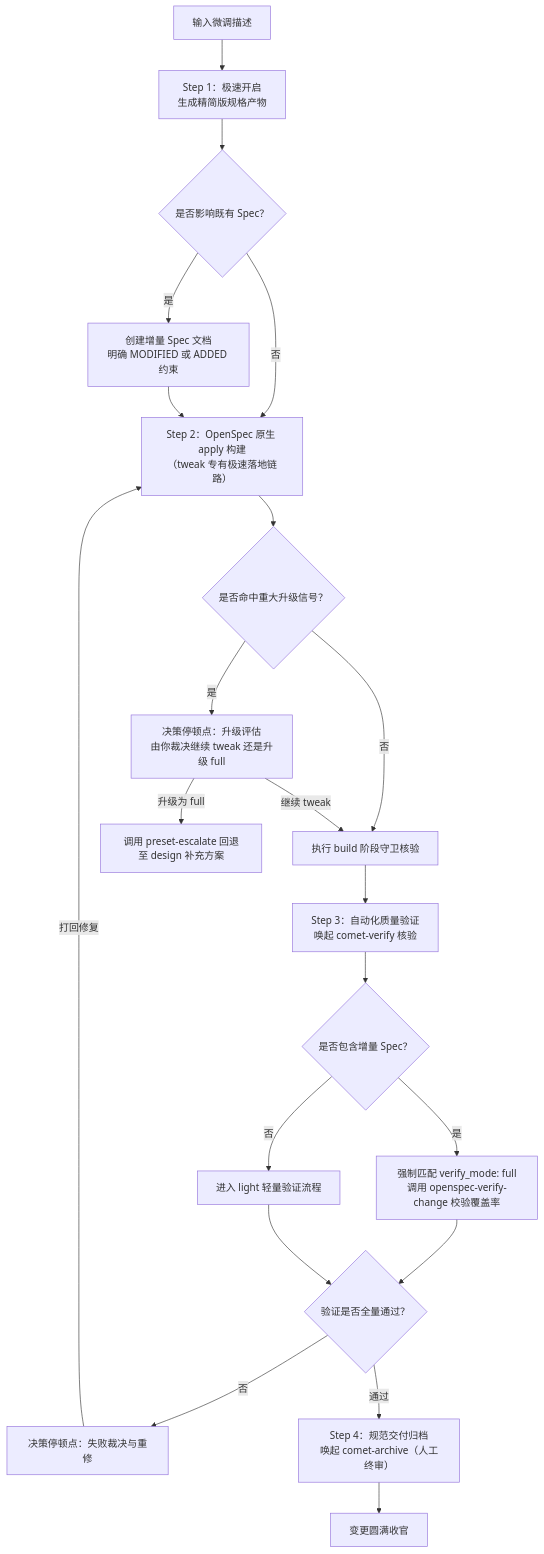
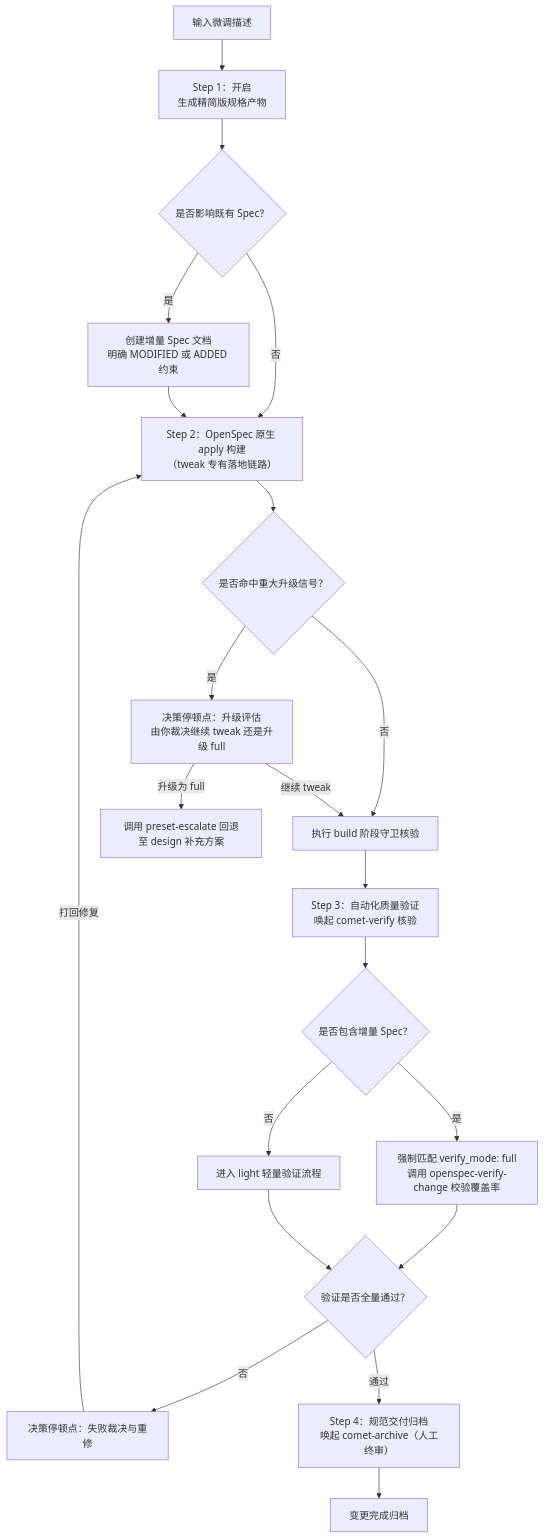
The diagram in zh/presets/tweak.mdx (rpamis/comet-website-docs), drawn with Mermaid before and after one commit. The commit also changed other lines of this file and 103 other files, not shown here.

````diff
--- a/zh/presets/tweak.mdx
+++ b/zh/presets/tweak.mdx
@@ -73,23 +73,23 @@
 ```mermaid
 flowchart TD
-    Start["输入微调描述"] --> S1["Step 1：极速开启<br/>生成精简版规格产物"]
+    Start["输入微调描述"] --> S1["Step 1：开启<br/>生成精简版规格产物"]
     S1 --> Delta{"是否影响既有 Spec？"}
     Delta -->|是| CreateDelta["创建增量 Spec 文档<br/>明确 MODIFIED 或 ADDED 约束"]
-    Delta -->|否| S2["Step 2：OpenSpec 原生 apply 构建<br/>（tweak 专有极速落地链路）"]
+    Delta -->|否| S2["Step 2：OpenSpec 原生 apply 构建<br/>（tweak 专有落地链路）"]
     CreateDelta --> S2
     S2 --> Esc{"是否命中重大升级信号？"}
     Esc -->|是| EscStop["决策停顿点：升级评估<br/>由你裁决继续 tweak 还是升级 full"]
     Esc -->|否| Guard["执行 build 阶段守卫核验"]
     EscStop -->|继续 tweak| Guard
     EscStop -->|升级为 full| EscUp["调用 preset-escalate 回退至 design 补充方案"]
     Guard --> S3["Step 3：自动化质量验证<br/>唤起 comet-verify 核验"]
     S3 --> HasDelta{"是否包含增量 Spec？"}
     HasDelta -->|是| FullV["强制匹配 verify_mode: full<br/>调用 openspec-verify-change 校验覆盖率"]
     HasDelta -->|否| LightV["进入 light 轻量验证流程"]
     FullV --> Vf{"验证是否全量通过？"}
     LightV --> Vf
     Vf -->|否| VfStop["决策停顿点：失败裁决与重修"]
     VfStop -->|打回修复| S2
     Vf -->|通过| S4["Step 4：规范交付归档<br/>唤起 comet-archive（人工终审）"]
-    S4 --> Done["变更圆满收官"]
+    S4 --> Done["变更完成归档"]
 ```
````
